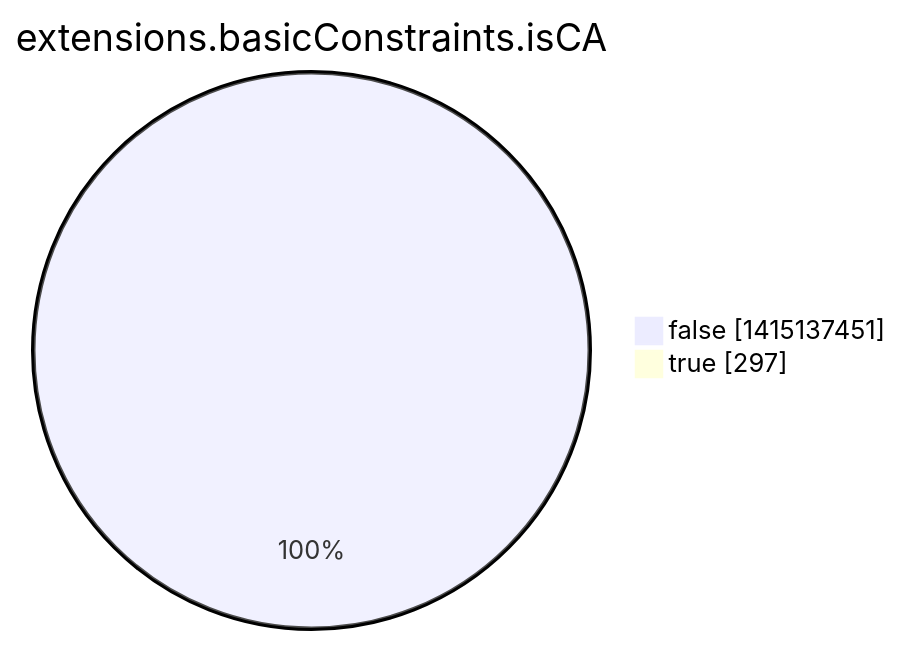
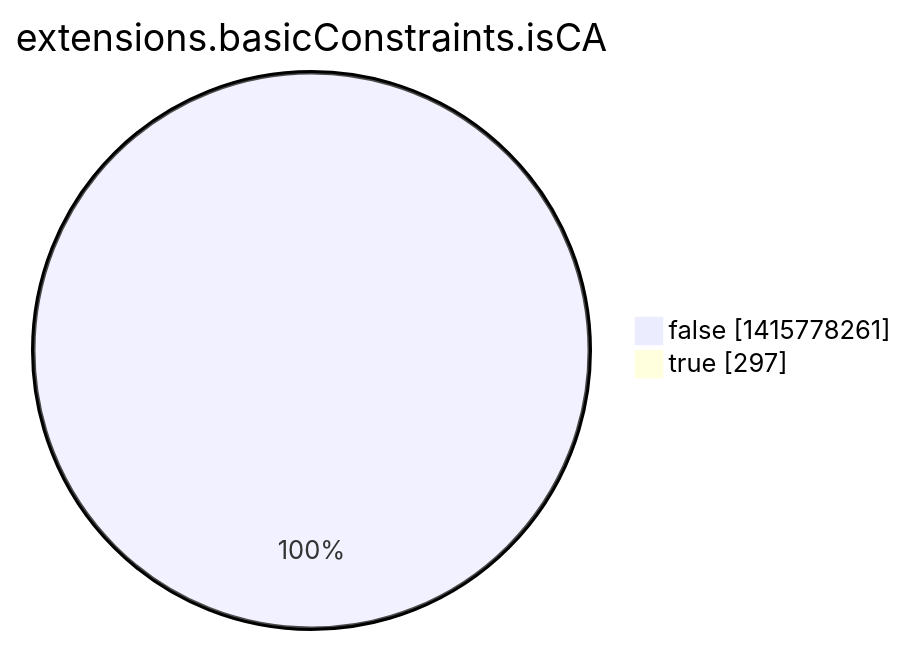
The eighth of 15 diagrams in argon2022/README.md (christiankrug/ctmonitor_visualization), drawn with Mermaid before and after one commit. The commit also changed other lines of this file, not shown here.

````diff
--- a/argon2022/README.md
+++ b/argon2022/README.md
@@ -2760,6 +2760,6 @@
 ```mermaid
 pie showData
 title extensions.basicConstraints.isCA
-"false" :1415137451
+"false" :1415778261
 "true" :297
 ```
````
